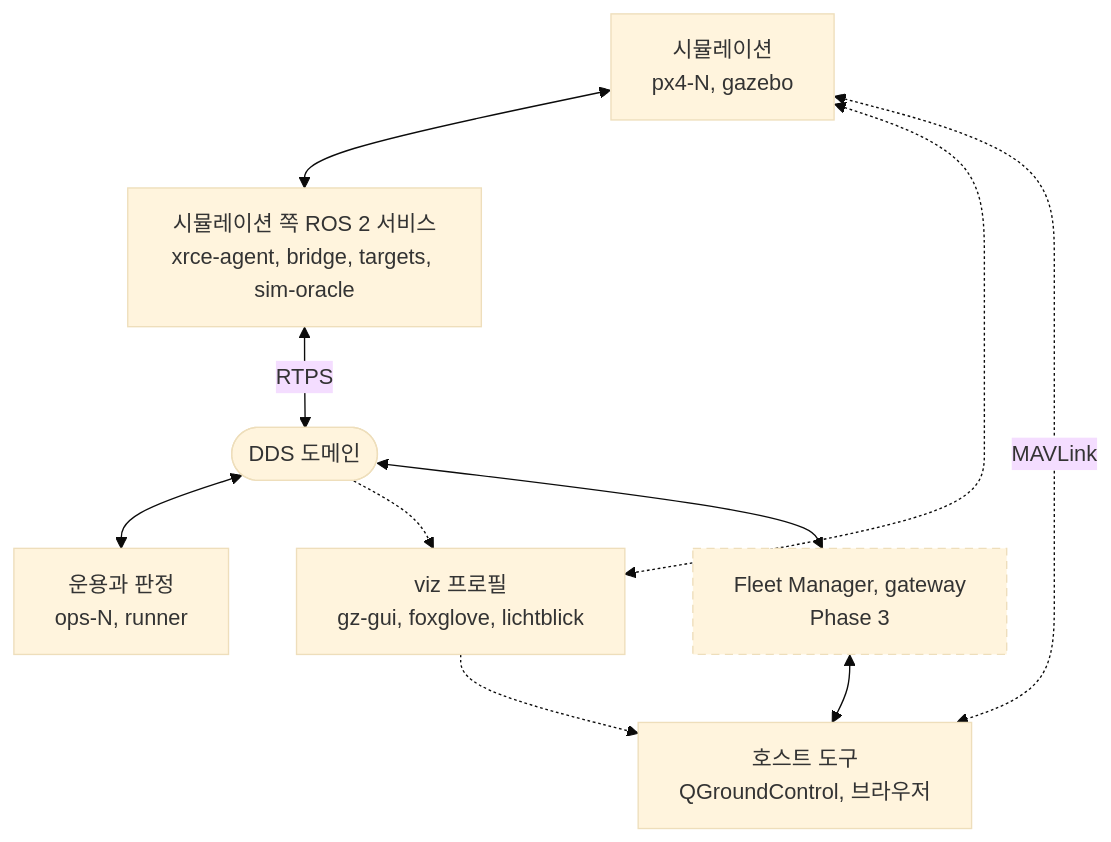
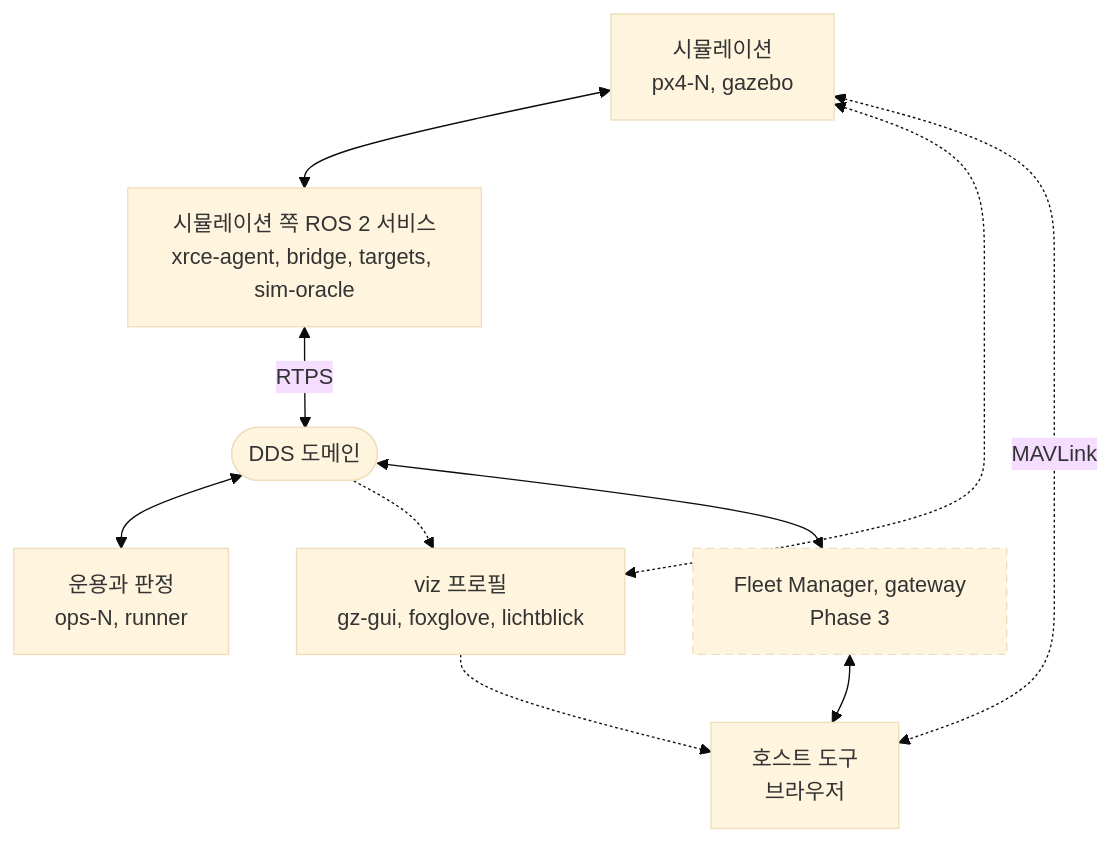
Before and after one commit to danielhongwoo/idsim: the third of 8 diagrams in docs/architecture.md, drawn with Mermaid (base theme). The commit also changed other lines of this file and 19 other files, not shown here.

Commit message:
QGroundControl 지원을 없앤다: tools/qgc.sh와 versions.env 항목을 지우고 완료 기준과 문서에서 QGC를 뺀다. GCS 포트와 파라미터 값은 그대로다

````diff
--- a/docs/architecture.md
+++ b/docs/architecture.md
@@ -200,23 +199,23 @@
 ```mermaid
 flowchart TB
   SIM["시뮬레이션<br/>px4-N, gazebo"]
   LINK["시뮬레이션 쪽 ROS 2 서비스<br/>xrce-agent, bridge, targets, sim-oracle"]
   DDS(["DDS 도메인"])
   ROS["운용과 판정<br/>ops-N, runner"]
   VIZ["viz 프로필<br/>gz-gui, foxglove, lichtblick"]
-  HOST["호스트 도구<br/>QGroundControl, 브라우저"]
+  HOST["호스트 도구<br/>브라우저"]
   EXT["Fleet Manager, gateway<br/>Phase 3"]
 
   SIM <--> LINK
   LINK <-->|"RTPS"| DDS
   DDS <--> ROS
   SIM <-.-> VIZ
   DDS -.-> VIZ
   VIZ -.-> HOST
   SIM <-.->|"MAVLink"| HOST
   DDS <--> EXT
   EXT <--> HOST
 
   classDef later stroke-dasharray: 6 4
   class EXT later
 ```
````
